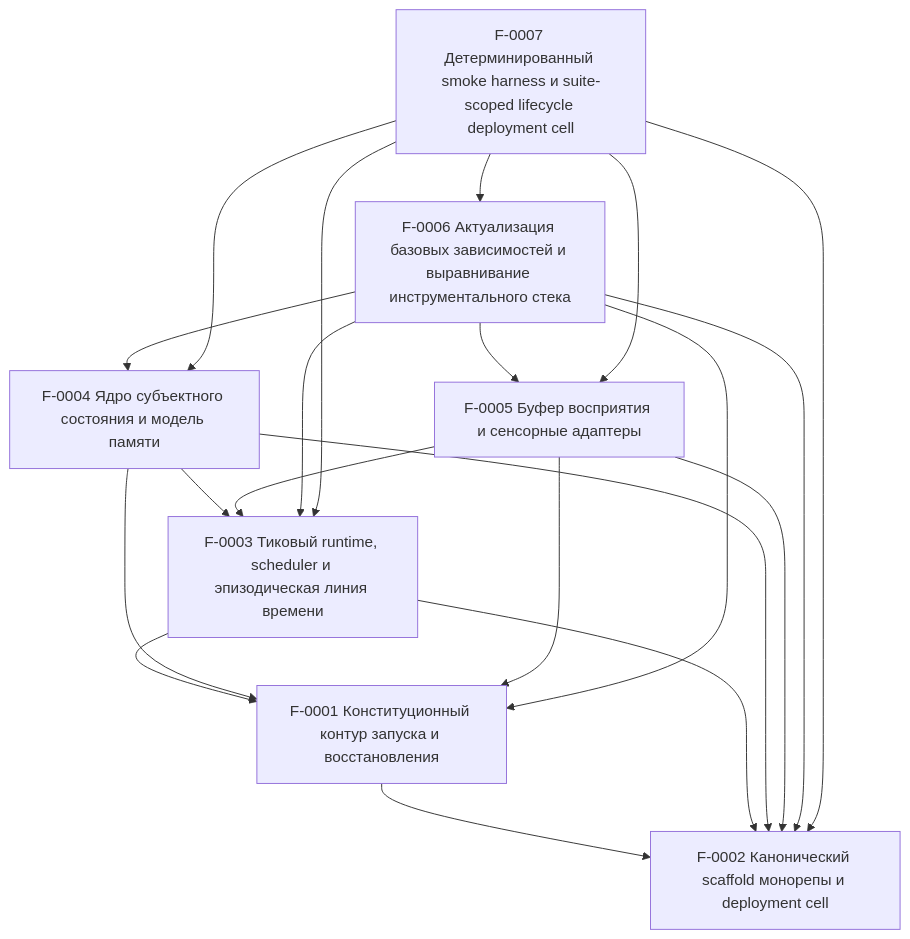
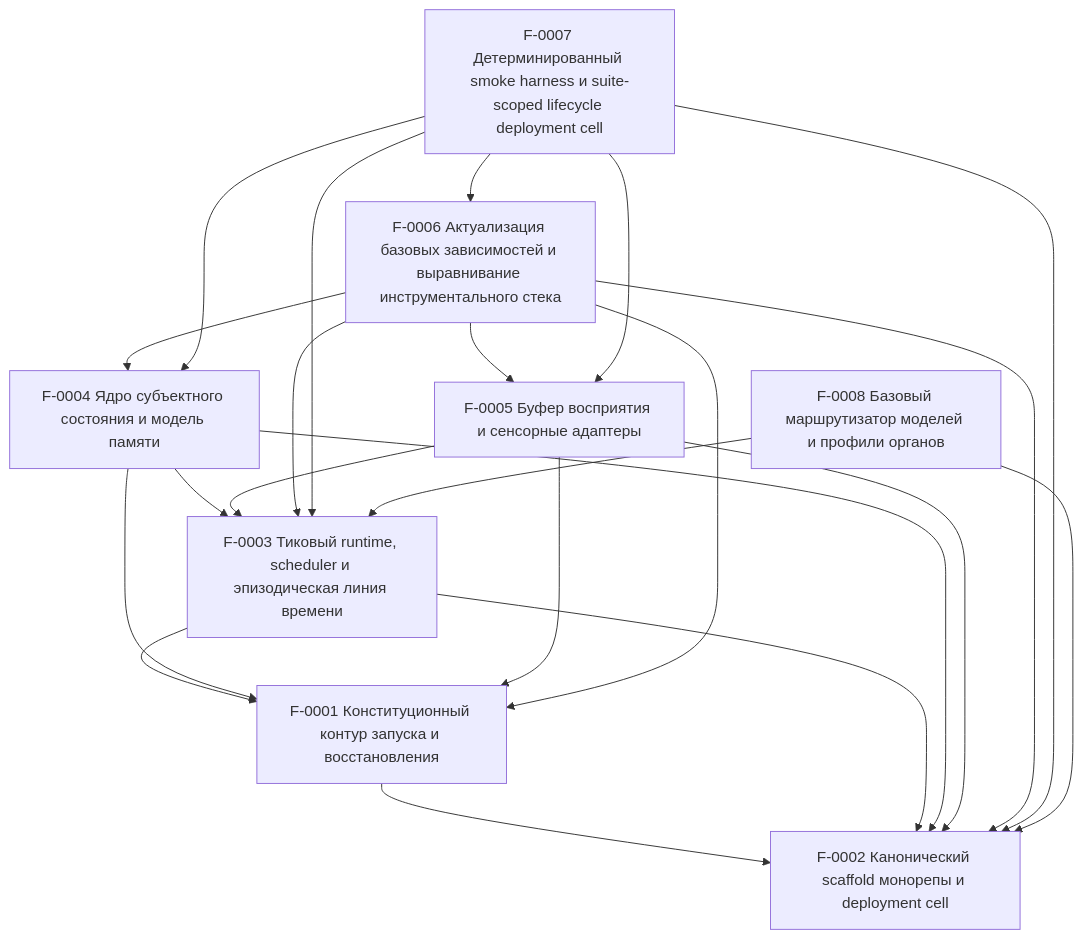
The diagram in docs/ssot/index.md (kostysh/yaagi), drawn with Mermaid before and after one commit. The commit also changed other lines of this file and 4 other files, not shown here.

````diff
--- a/docs/ssot/index.md
+++ b/docs/ssot/index.md
@@ -25,29 +26,32 @@
 ```mermaid
 graph TD
   F0001["F-0001 Конституционный контур запуска и восстановления"]
   F0002["F-0002 Канонический scaffold монорепы и deployment cell"]
   F0003["F-0003 Тиковый runtime, scheduler и эпизодическая линия времени"]
   F0004["F-0004 Ядро субъектного состояния и модель памяти"]
   F0005["F-0005 Буфер восприятия и сенсорные адаптеры"]
   F0006["F-0006 Актуализация базовых зависимостей и выравнивание инструментального стека"]
   F0007["F-0007 Детерминированный smoke harness и suite-scoped lifecycle deployment cell"]
+  F0008["F-0008 Базовый маршрутизатор моделей и профили органов"]
   F0001 --> F0002
   F0003 --> F0001
   F0003 --> F0002
   F0004 --> F0001
   F0004 --> F0002
   F0004 --> F0003
   F0005 --> F0001
   F0005 --> F0002
   F0005 --> F0003
   F0006 --> F0001
   F0006 --> F0002
   F0006 --> F0003
   F0006 --> F0004
   F0006 --> F0005
   F0007 --> F0002
   F0007 --> F0003
   F0007 --> F0004
   F0007 --> F0005
   F0007 --> F0006
+  F0008 --> F0002
+  F0008 --> F0003
 ```
````
